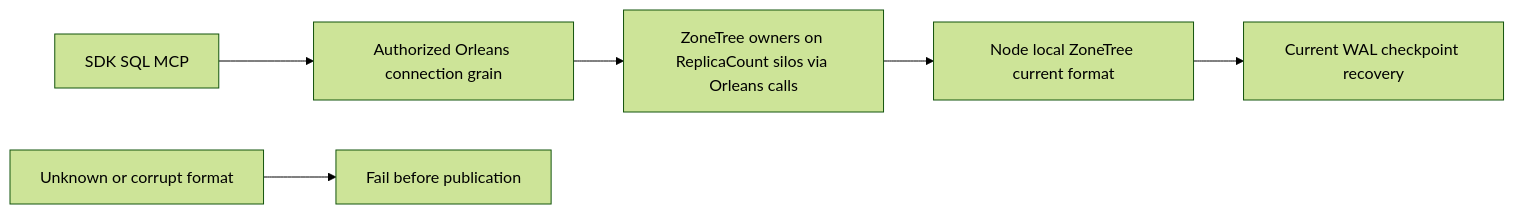
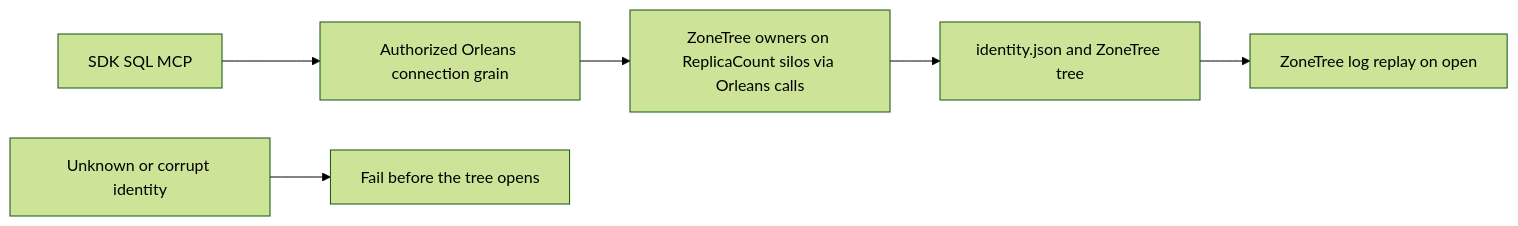
Before and after one commit to managedcode/KeyLoad: the diagram in docs/Features/StorageRecovery/CurrentFormat.md, drawn with Mermaid (forest theme). The commit also changed other lines of this file and 1072 other files, not shown here.

First line of the commit message:
Use native ZoneTree storage, snapshots and backup operations

````diff
--- a/docs/Features/StorageRecovery/CurrentFormat.md
+++ b/docs/Features/StorageRecovery/CurrentFormat.md
@@ -68,8 +32,8 @@
 ```mermaid
 flowchart LR
   Caller[SDK SQL MCP] --> Request[Authorized Orleans connection grain]
   Request --> Owners[ZoneTree owners on ReplicaCount silos via Orleans calls]
-  Owners --> Store[Node local ZoneTree current format]
-  Store --> Recover[Current WAL checkpoint recovery]
-  Unsupported[Unknown or corrupt format] --> Reject[Fail before publication]
+  Owners --> Store[identity.json and ZoneTree tree]
+  Store --> Recover[ZoneTree log replay on open]
+  Unsupported[Unknown or corrupt identity] --> Reject[Fail before the tree opens]
 ```
````
